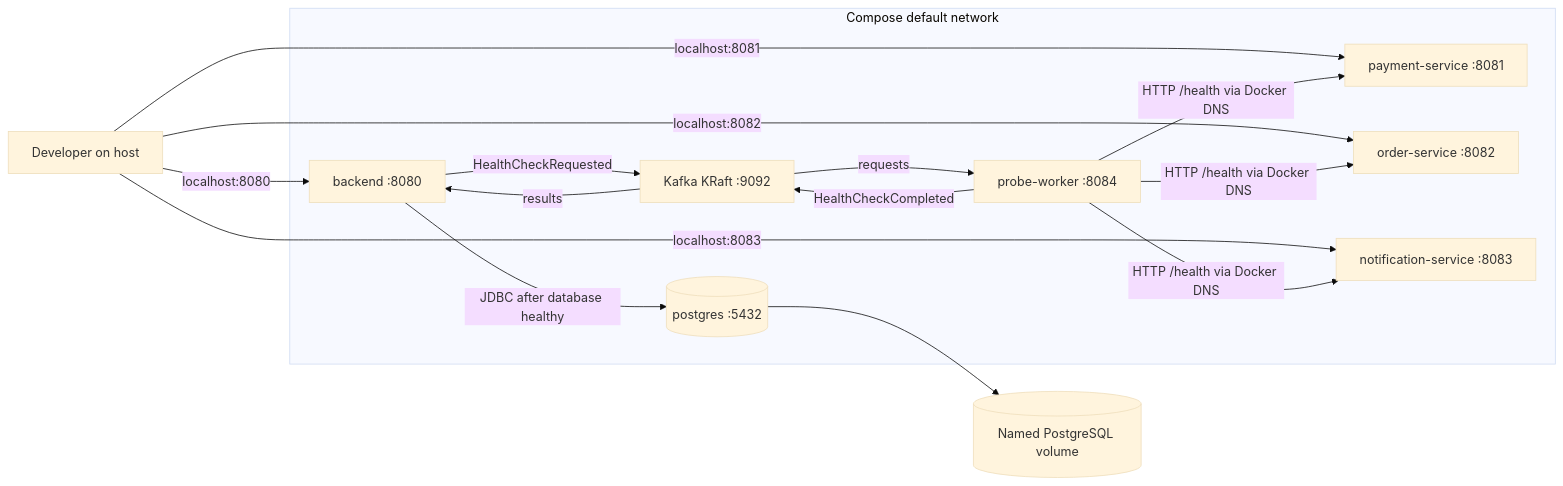
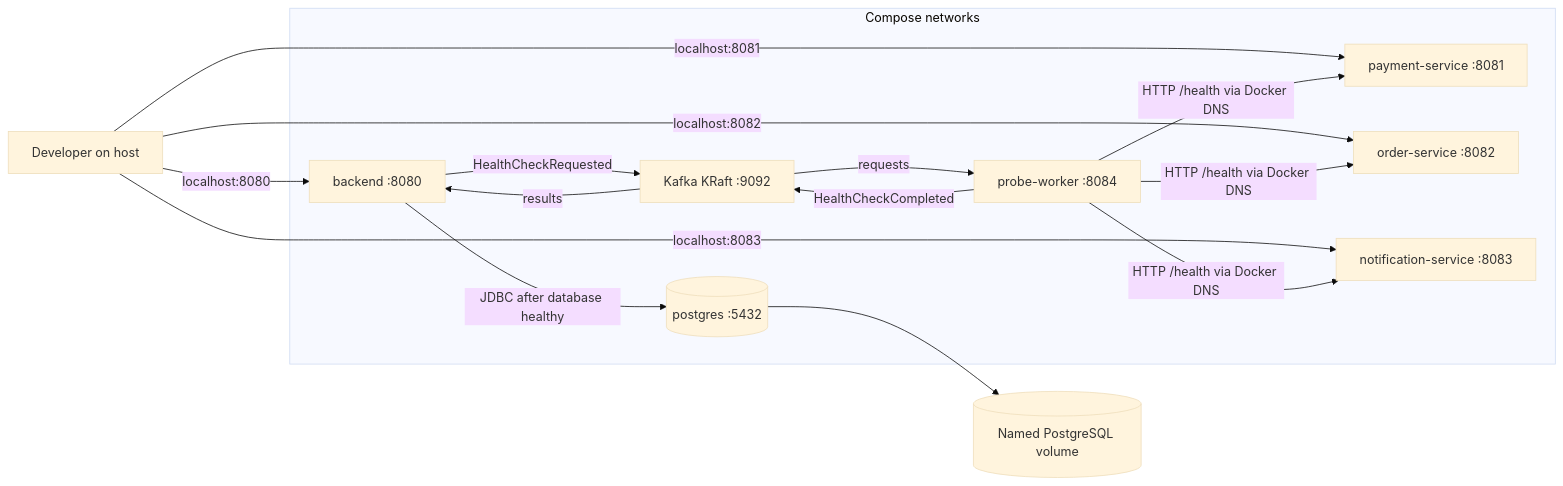
Before and after one commit to doctor277/launchguard: the third of 8 diagrams in README.md, drawn with Mermaid (base theme). The commit also changed other lines of this file and 51 other files, not shown here.

````diff
--- a/README.md
+++ b/README.md
@@ -87,25 +117,25 @@
 ```mermaid
 flowchart LR
     Developer[Developer on host] -->|localhost:8080| Backend
     Developer -->|localhost:8081| Payment
     Developer -->|localhost:8082| Order
     Developer -->|localhost:8083| Notification
-    subgraph Compose[Compose default network]
+    subgraph Compose[Compose networks]
         Backend[backend :8080]
         Kafka[Kafka KRaft :9092]
         Worker[probe-worker :8084]
         Payment[payment-service :8081]
         Order[order-service :8082]
         Notification[notification-service :8083]
         DB[(postgres :5432)]
         Backend -->|HealthCheckRequested| Kafka
         Kafka -->|requests| Worker
         Worker -->|HTTP /health via Docker DNS| Payment
         Worker -->|HTTP /health via Docker DNS| Order
         Worker -->|HTTP /health via Docker DNS| Notification
         Worker -->|HealthCheckCompleted| Kafka
         Kafka -->|results| Backend
         Backend -->|JDBC after database healthy| DB
     end
     DB --> Volume[(Named PostgreSQL volume)]
 ```
````
